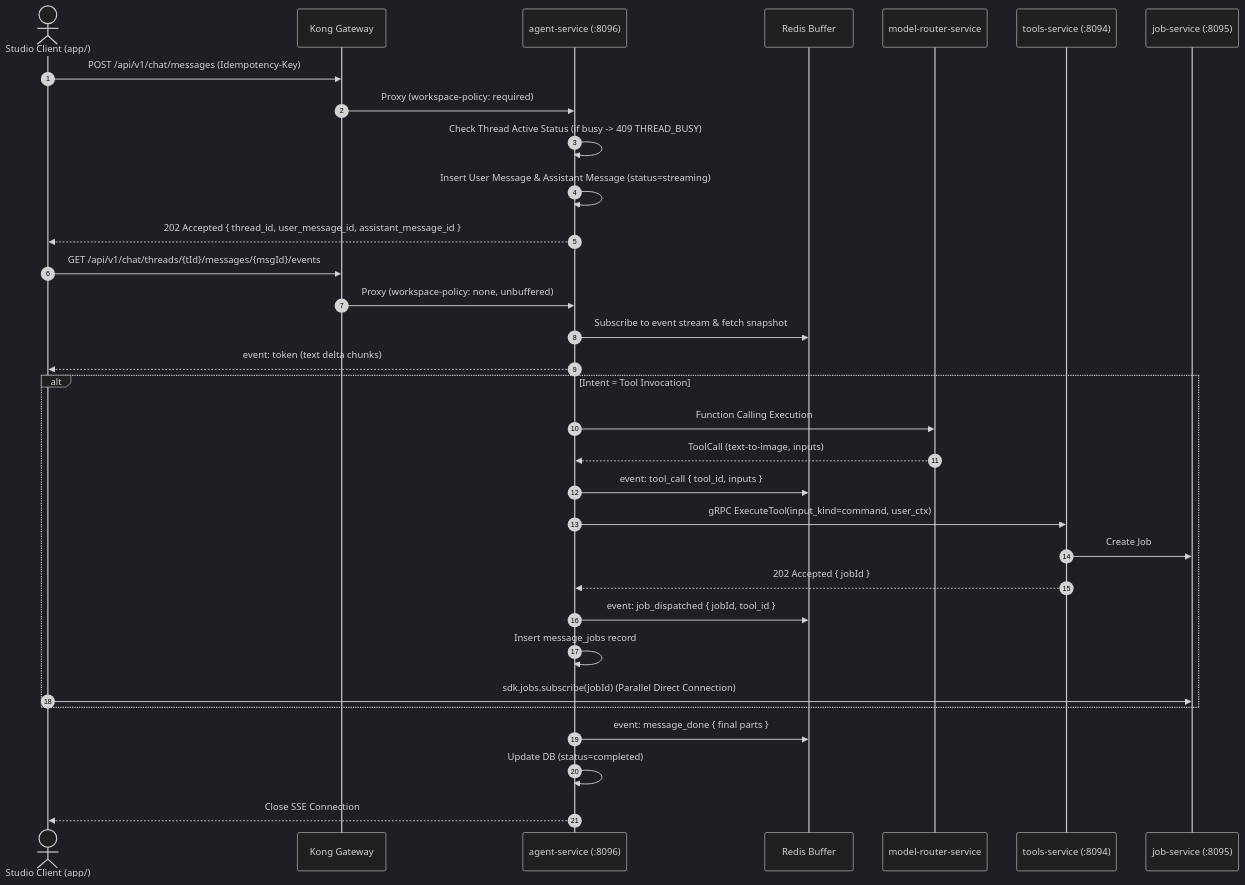
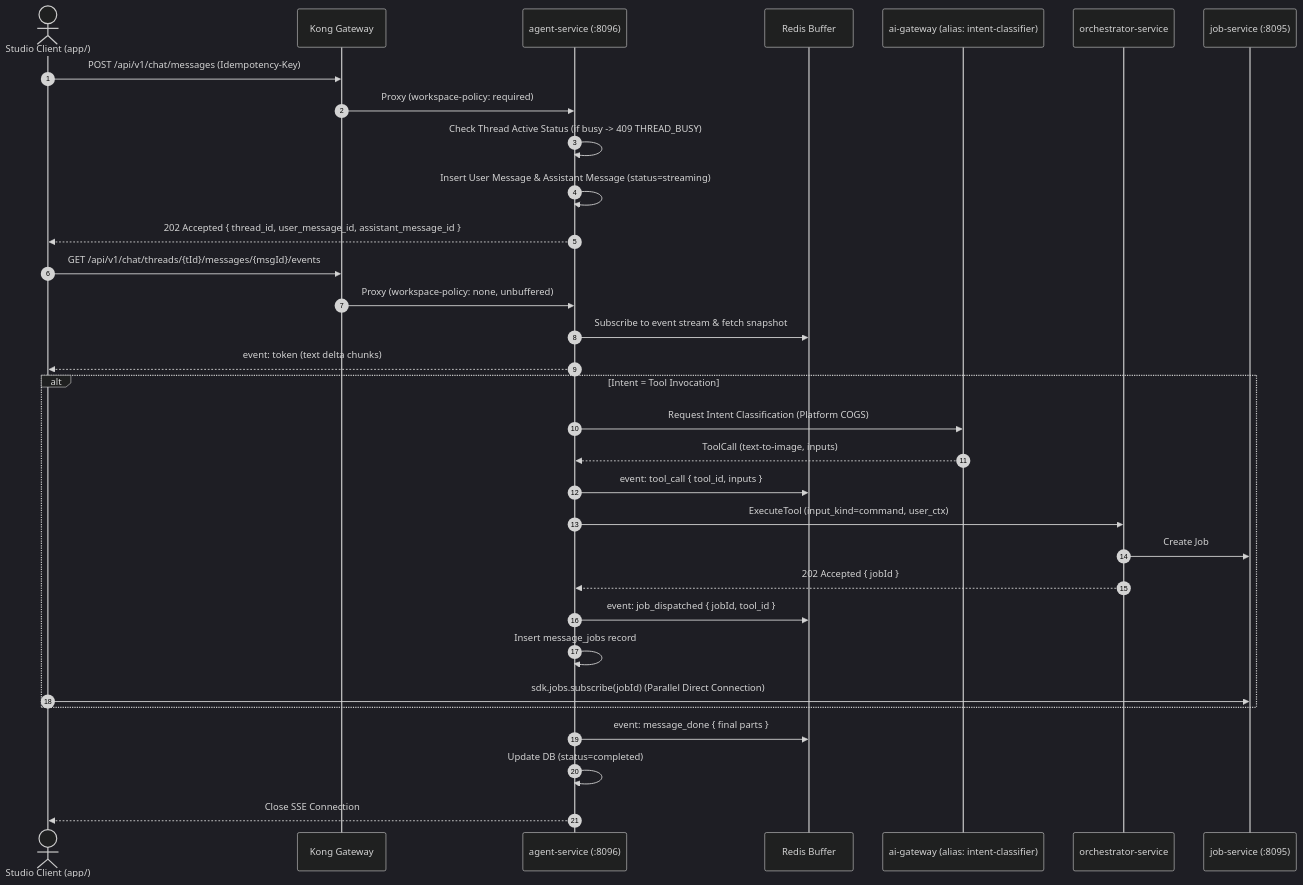
Before and after one commit to itstalentnet/dotdive: the diagram in docs/lemmo/03-backend/agent-service-spec.md, drawn with Mermaid (dark theme). The commit also changed other lines of this file and 17 other files, not shown here.

````diff
--- a/docs/lemmo/03-backend/agent-service-spec.md
+++ b/docs/lemmo/03-backend/agent-service-spec.md
@@ -100,38 +100,38 @@
 ```mermaid
 sequenceDiagram
     autonumber
     actor Client as Studio Client (app/)
     participant Kong as Kong Gateway
     participant Agent as agent-service (:8096)
     participant Redis as Redis Buffer
-    participant Router as model-router-service
-    participant Tools as tools-service (:8094)
+    participant AIGateway as ai-gateway (alias: intent-classifier)
+    participant Orchestrator as orchestrator-service
     participant JobSvc as job-service (:8095)
 
     Client->>Kong: POST /api/v1/chat/messages (Idempotency-Key)
     Kong->>Agent: Proxy (workspace-policy: required)
     Agent->>Agent: Check Thread Active Status (if busy -> 409 THREAD_BUSY)
     Agent->>Agent: Insert User Message & Assistant Message (status=streaming)
     Agent-->>Client: 202 Accepted { thread_id, user_message_id, assistant_message_id }
 
     Client->>Kong: GET /api/v1/chat/threads/{tId}/messages/{msgId}/events
     Kong->>Agent: Proxy (workspace-policy: none, unbuffered)
     Agent->>Redis: Subscribe to event stream & fetch snapshot
     Agent-->>Client: event: token (text delta chunks)
 
     alt Intent = Tool Invocation
-        Agent->>Router: Function Calling Execution
-        Router-->>Agent: ToolCall (text-to-image, inputs)
+        Agent->>AIGateway: Request Intent Classification (Platform COGS)
+        AIGateway-->>Agent: ToolCall (text-to-image, inputs)
         Agent->>Redis: event: tool_call { tool_id, inputs }
-        Agent->>Tools: gRPC ExecuteTool(input_kind=command, user_ctx)
-        Tools->>JobSvc: Create Job
-        Tools-->>Agent: 202 Accepted { jobId }
+        Agent->>Orchestrator: ExecuteTool (input_kind=command, user_ctx)
+        Orchestrator->>JobSvc: Create Job
+        Orchestrator-->>Agent: 202 Accepted { jobId }
         Agent->>Redis: event: job_dispatched { jobId, tool_id }
         Agent->>Agent: Insert message_jobs record
         Client->>JobSvc: sdk.jobs.subscribe(jobId) (Parallel Direct Connection)
     end
 
     Agent->>Redis: event: message_done { final parts }
     Agent->>Agent: Update DB (status=completed)
     Agent-->>Client: Close SSE Connection
 ```
````
